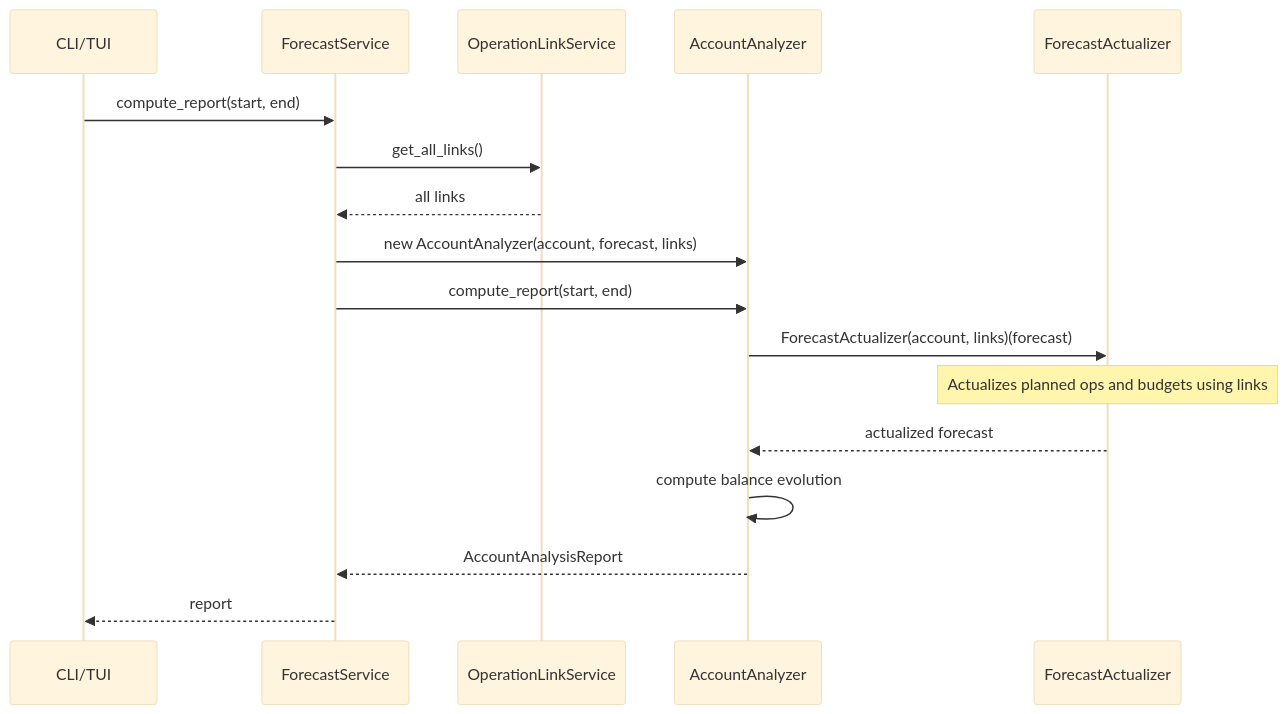
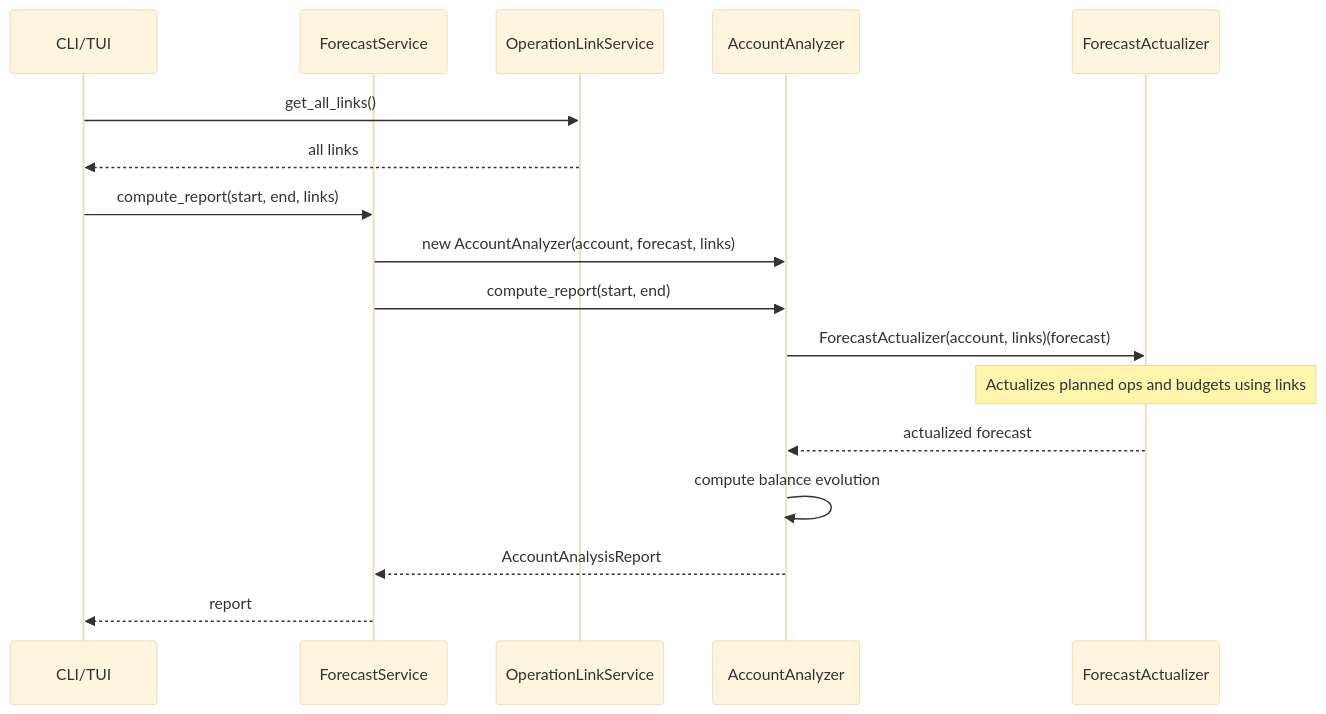
The seventh of 8 diagrams in docs/dev/operation-links.md (corentin-core/budget-forecaster), drawn with Mermaid (base theme) before and after one commit. The commit also changed other lines of this file and 30 other files, not shown here.

````diff
--- a/docs/dev/operation-links.md
+++ b/docs/dev/operation-links.md
@@ -356,24 +411,24 @@
 ```mermaid
 sequenceDiagram
     participant CLI as CLI/TUI
     participant FS as ForecastService
     participant OLS as OperationLinkService
     participant AA as AccountAnalyzer
     participant FA as ForecastActualizer
 
-    CLI->>FS: compute_report(start, end)
-    FS->>OLS: get_all_links()
-    OLS-->>FS: all links
+    CLI->>OLS: get_all_links()
+    OLS-->>CLI: all links
+    CLI->>FS: compute_report(start, end, links)
 
     FS->>AA: new AccountAnalyzer(account, forecast, links)
     FS->>AA: compute_report(start, end)
 
     AA->>FA: ForecastActualizer(account, links)(forecast)
     Note over FA: Actualizes planned ops and budgets using links
     FA-->>AA: actualized forecast
 
     AA->>AA: compute balance evolution
     AA-->>FS: AccountAnalysisReport
 
     FS-->>CLI: report
 ```
````
